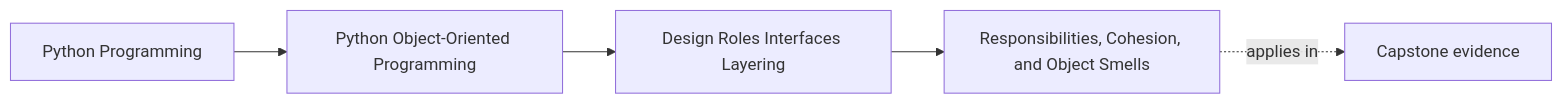
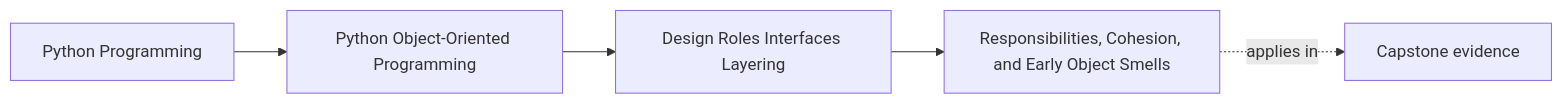
The first of 2 diagrams in programs/python-programming/python-object-oriented-programming/course-book/module-02-design-roles-interfaces-layering/responsibilities-cohesion-and-object-smells.md (bijux/bijux-masterclass), drawn with Mermaid before and after one commit. The commit also changed other lines of this file, not shown here.

````diff
--- a/programs/python-programming/python-object-oriented-programming/course-book/module-02-design-roles-interfaces-layering/responsibilities-cohesion-and-object-smells.md
+++ b/programs/python-programming/python-object-oriented-programming/course-book/module-02-design-roles-interfaces-layering/responsibilities-cohesion-and-object-smells.md
@@ -7,11 +6,11 @@
 ```mermaid
 graph LR
   family["Python Programming"]
   program["Python Object-Oriented Programming"]
   section["Design Roles Interfaces Layering"]
-  page["Responsibilities, Cohesion, and Object Smells"]
+  page["Responsibilities, Cohesion, and Early Object Smells"]
   capstone["Capstone evidence"]
 
   family --> program --> section --> page
   page -.applies in.-> capstone
 ```
````
